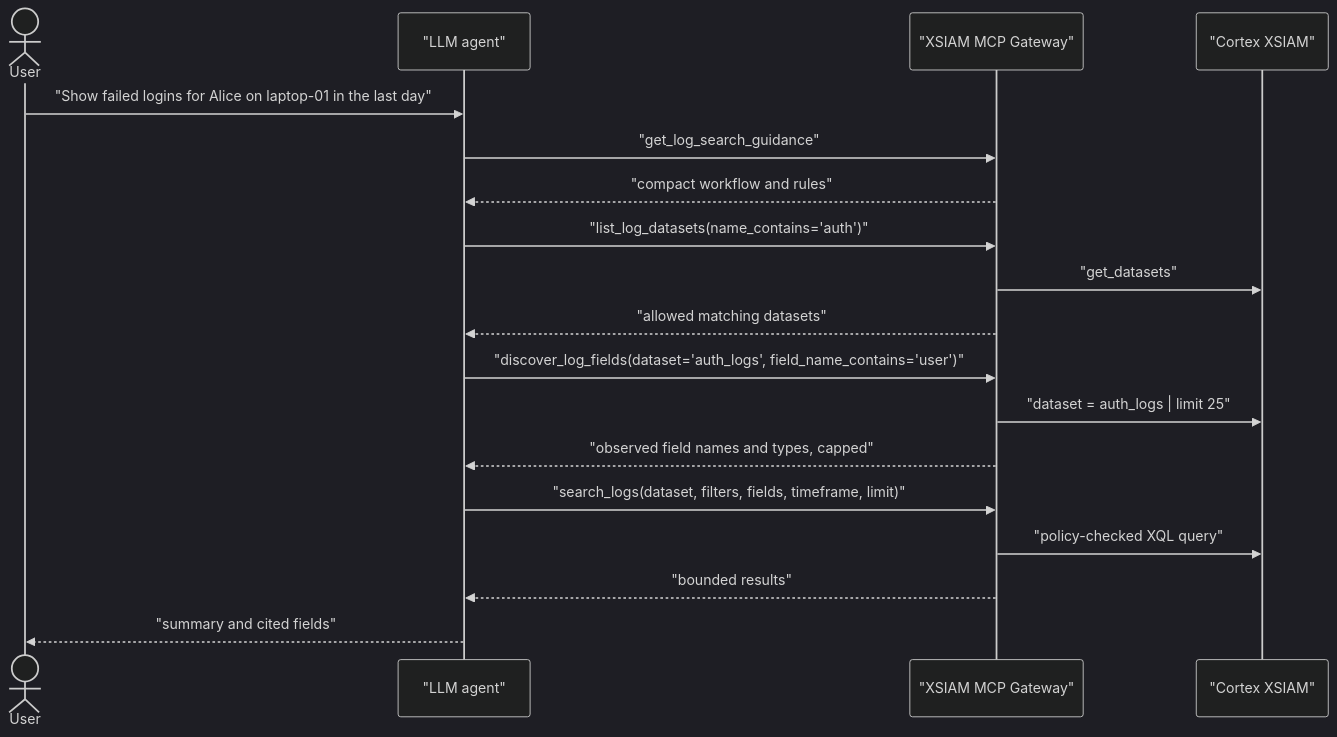
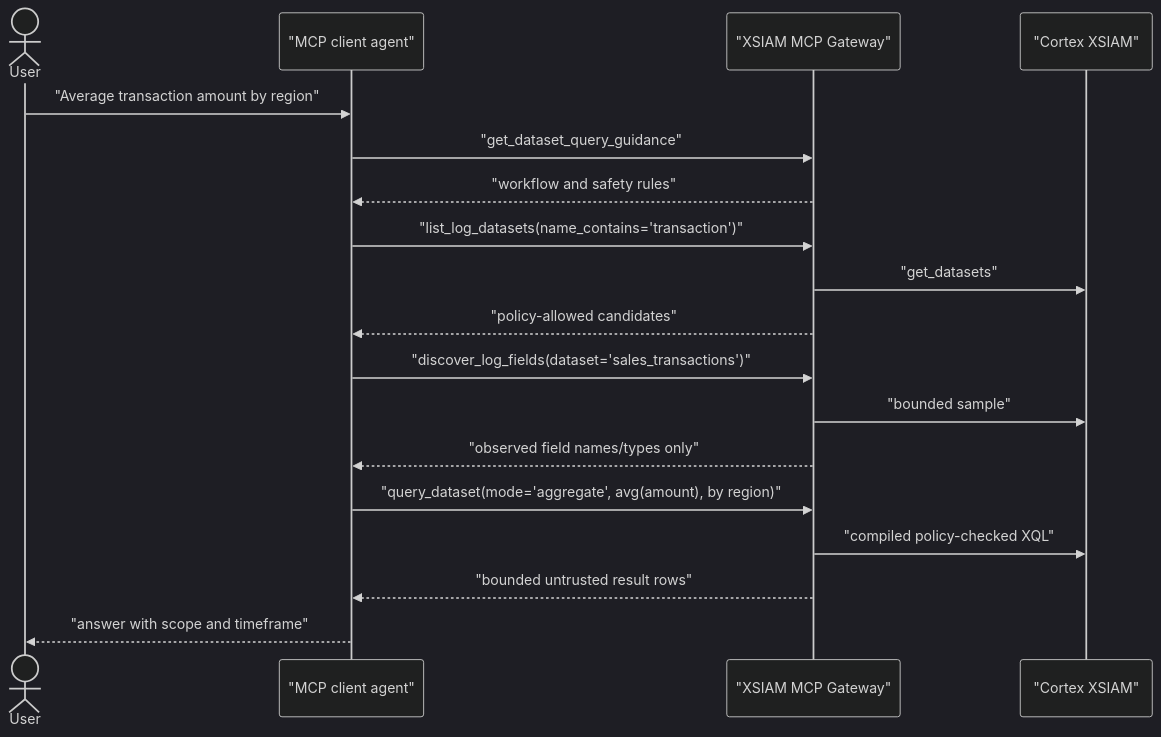
The diagram in docs/AGENT_LOG_SEARCH.md (ciaran-finnegan/cortex-xsiam-mcp-gateway), drawn with Mermaid (dark theme) before and after one commit. The commit also changed other lines of this file and 46 other files, not shown here.

First line of the commit message:
feat: governed XSIAM dataset queries and enterprise hardening (#34)

````diff
--- a/docs/AGENT_LOG_SEARCH.md
+++ b/docs/AGENT_LOG_SEARCH.md
@@ -16,21 +16,21 @@
 ```mermaid
 sequenceDiagram
   actor User
-  participant Agent as "LLM agent"
+  participant Agent as "MCP client agent"
   participant MCP as "XSIAM MCP Gateway"
   participant XSIAM as "Cortex XSIAM"
 
-  User->>Agent: "Show failed logins for Alice on laptop-01 in the last day"
-  Agent->>MCP: "get_log_search_guidance"
-  MCP-->>Agent: "compact workflow and rules"
-  Agent->>MCP: "list_log_datasets(name_contains='auth')"
+  User->>Agent: "Average transaction amount by region"
+  Agent->>MCP: "get_dataset_query_guidance"
+  MCP-->>Agent: "workflow and safety rules"
+  Agent->>MCP: "list_log_datasets(name_contains='transaction')"
   MCP->>XSIAM: "get_datasets"
-  MCP-->>Agent: "allowed matching datasets"
-  Agent->>MCP: "discover_log_fields(dataset='auth_logs', field_name_contains='user')"
-  MCP->>XSIAM: "dataset = auth_logs | limit 25"
-  MCP-->>Agent: "observed field names and types, capped"
-  Agent->>MCP: "search_logs(dataset, filters, fields, timeframe, limit)"
-  MCP->>XSIAM: "policy-checked XQL query"
-  MCP-->>Agent: "bounded results"
-  Agent-->>User: "summary and cited fields"
+  MCP-->>Agent: "policy-allowed candidates"
+  Agent->>MCP: "discover_log_fields(dataset='sales_transactions')"
+  MCP->>XSIAM: "bounded sample"
+  MCP-->>Agent: "observed field names/types only"
+  Agent->>MCP: "query_dataset(mode='aggregate', avg(amount), by region)"
+  MCP->>XSIAM: "compiled policy-checked XQL"
+  MCP-->>Agent: "bounded untrusted result rows"
+  Agent-->>User: "answer with scope and timeframe"
 ```
````
